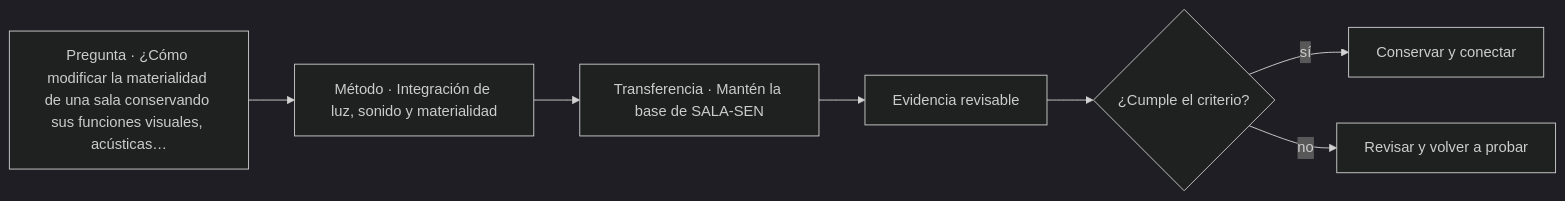
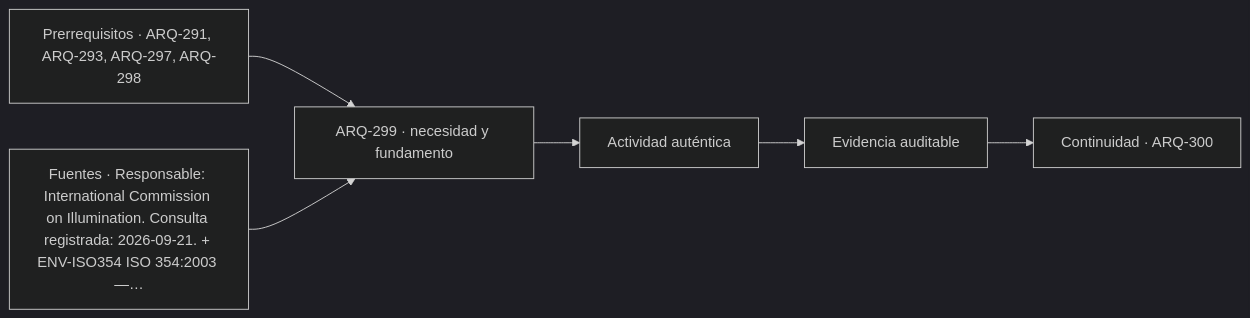
The diagram in classes/parte-30/ARQ-299.md (vladimiracunadev-create/architecture-built-environment-learning-program), drawn with Mermaid (dark theme) before and after one commit. The commit also changed other lines of this file and 761 other files, not shown here.

````diff
--- a/classes/parte-30/ARQ-299.md
+++ b/classes/parte-30/ARQ-299.md
@@ -107,9 +119,8 @@
 ```mermaid
 flowchart LR
-    Q["Pregunta · ¿Cómo modificar la materialidad de una sala conservando sus funciones visuales, acústicas…"] --> M["Método · Integración de luz, sonido y materialidad"]
-    M --> P["Transferencia · Mantén la base de SALA-SEN"]
-    P --> E["Evidencia revisable"]
-    E --> C{"¿Cumple el criterio?"}
-    C -->|sí| T["Conservar y conectar"]
-    C -->|no| R["Revisar y volver a probar"]
+    A["Prerrequisitos · ARQ-291, ARQ-293, ARQ-297, ARQ-298"] --> B["ARQ-299 · necesidad y fundamento"]
+    S["Fuentes · Responsable: International Commission on Illumination. Consulta registrada: 2026-09-21. + ENV-ISO354 ISO 354:2003 —…"] --> B
+    B --> C["Actividad auténtica"]
+    C --> D["Evidencia auditable"]
+    D --> E["Continuidad · ARQ-300"]
 ```
````
